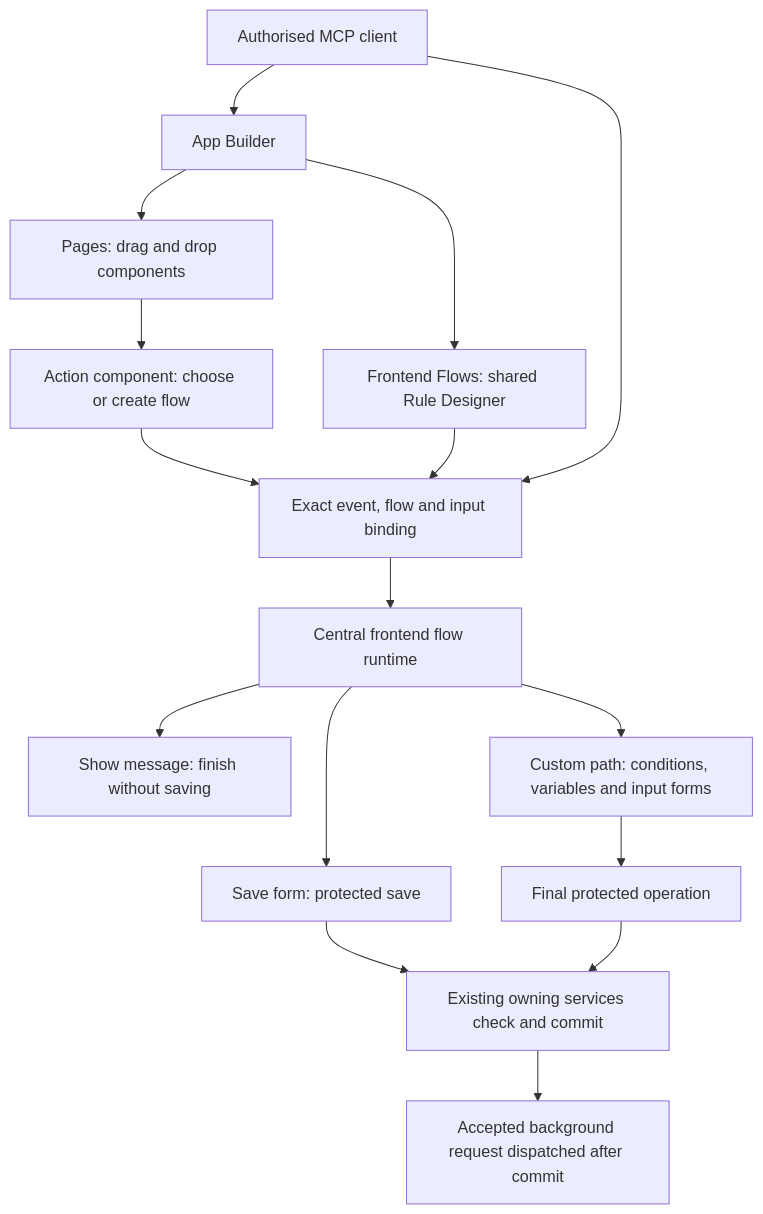
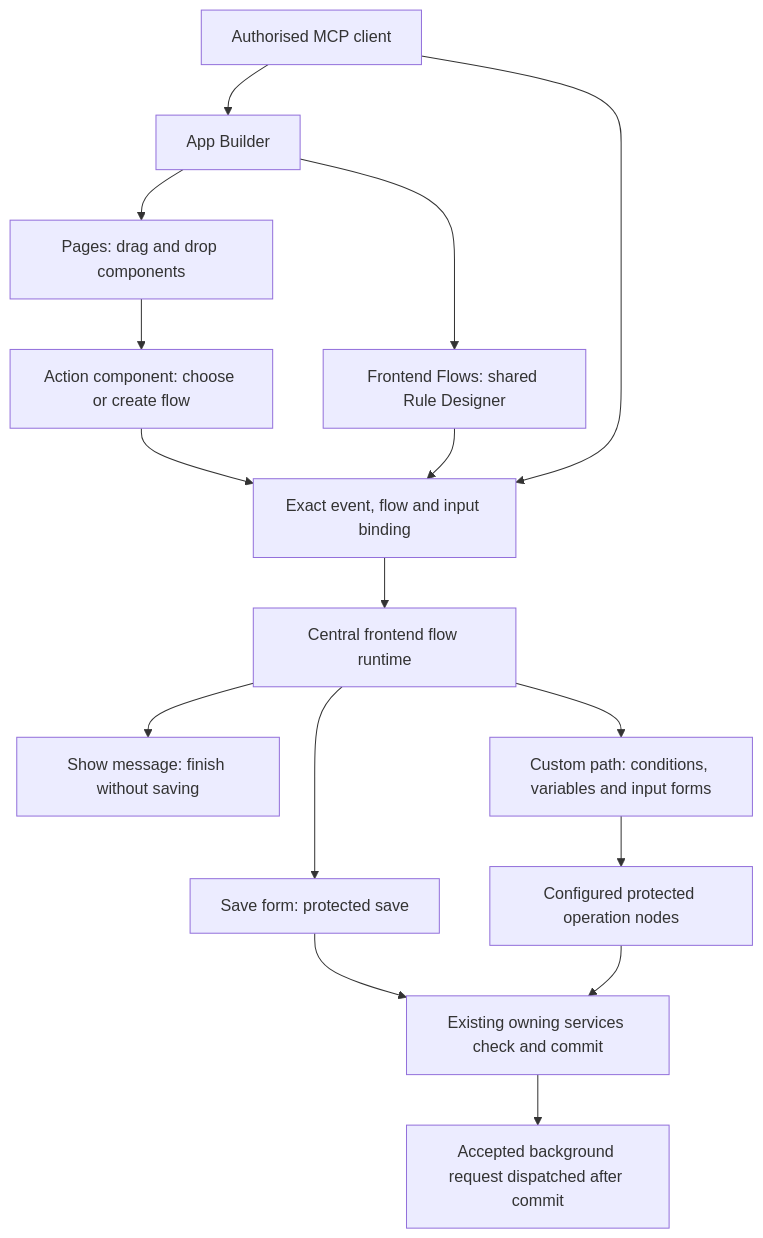
Before and after one commit to Abzum-NZ/Abzum-Vortex: the second of 4 diagrams in docs/specification/appendices/frontend-rule-designer.md, drawn with Mermaid. The commit also changed other lines of this file and 25 other files, not shown here.

Commit message:
docs: reconcile configurable flows and review platform architecture

````diff
--- a/docs/specification/appendices/frontend-rule-designer.md
+++ b/docs/specification/appendices/frontend-rule-designer.md
@@ -55,18 +61,18 @@
 ```mermaid
 flowchart TD
     APP[App Builder] --> PAGE[Pages: drag and drop components]
     APP --> FLOWS[Frontend Flows: shared Rule Designer]
     PAGE --> BUTTON[Action component: choose or create flow]
     BUTTON --> BIND[Exact event, flow and input binding]
     FLOWS --> BIND
     BIND --> RUN[Central frontend flow runtime]
     RUN --> MSG[Show message: finish without saving]
     RUN --> SAVE[Save form: protected save]
     RUN --> CUSTOM[Custom path: conditions, variables and input forms]
-    CUSTOM --> SUBMIT[Final protected operation]
+    CUSTOM --> SUBMIT[Configured protected operation nodes]
     SAVE --> CORE[Existing owning services check and commit]
     SUBMIT --> CORE
     CORE --> BG[Accepted background request dispatched after commit]
     MCP[Authorised MCP client] --> APP
     MCP --> BIND
 ```
````
